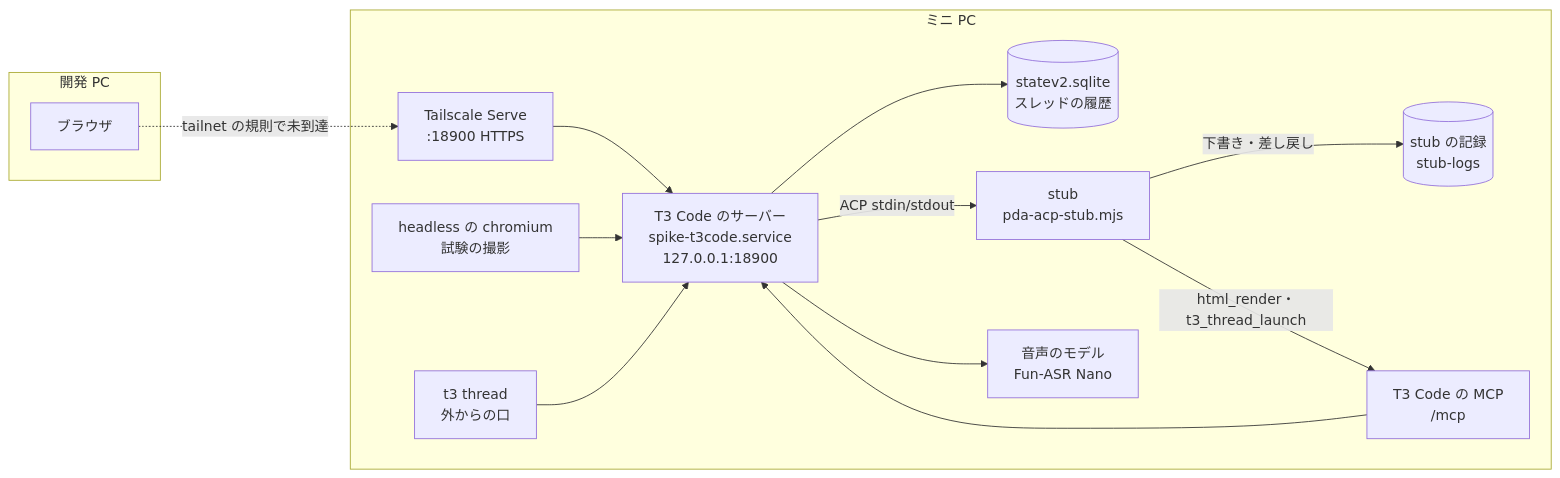
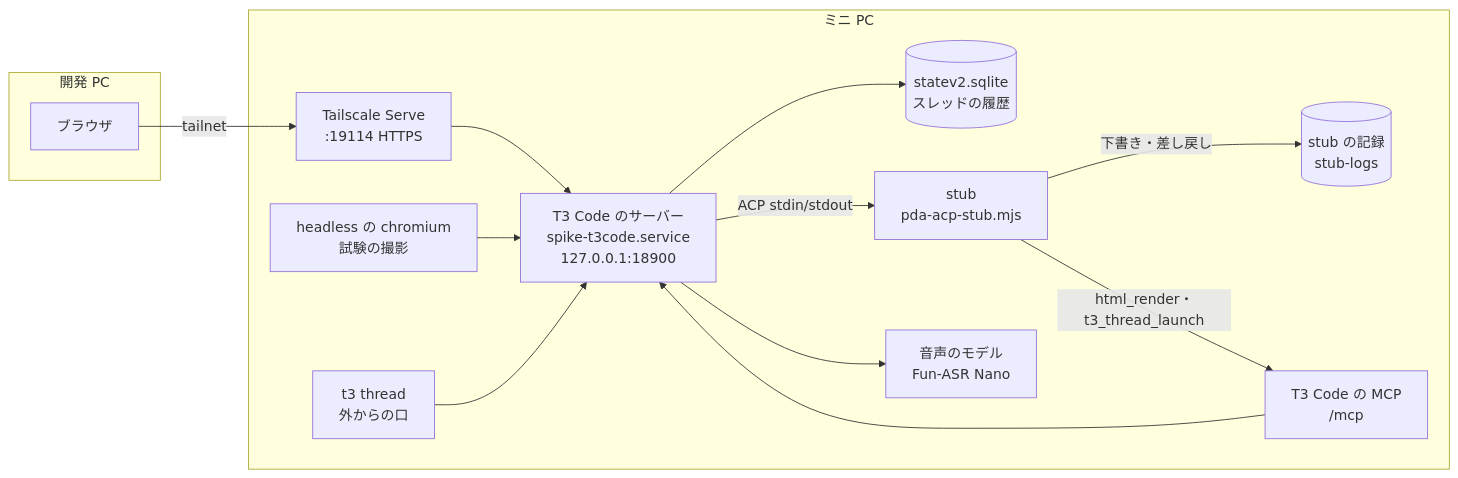
Before and after one commit to myurait/pda: the first of 2 diagrams in docs/claude-unification/spike-t3code-screen.md, drawn with Mermaid. The commit also changed other lines of this file and 3 other files, not shown here.

````diff
--- a/docs/claude-unification/spike-t3code-screen.md
+++ b/docs/claude-unification/spike-t3code-screen.md
@@ -26,27 +26,27 @@
 ```mermaid
 flowchart LR
   subgraph devpc[開発 PC]
     browser[ブラウザ]
   end
   subgraph minipc[ミニ PC]
-    serve[Tailscale Serve<br>:18900 HTTPS]
+    serve[Tailscale Serve<br>:19114 HTTPS]
     t3[T3 Code のサーバー<br>spike-t3code.service<br>127.0.0.1:18900]
     db[(statev2.sqlite<br>スレッドの履歴)]
     stub[stub<br>pda-acp-stub.mjs]
     log[(stub の記録<br>stub-logs)]
     mcp[T3 Code の MCP<br>/mcp]
     asr[音声のモデル<br>Fun-ASR Nano]
     cli[t3 thread<br>外からの口]
     headless[headless の chromium<br>試験の撮影]
   end
-  browser -. tailnet の規則で未到達 .-> serve
+  browser -->|tailnet| serve
   serve --> t3
   headless --> t3
   t3 -->|ACP stdin/stdout| stub
   stub -->|下書き・差し戻し| log
   stub -->|html_render・t3_thread_launch| mcp
   mcp --> t3
   t3 --> db
   t3 --> asr
   cli --> t3
 ```
````
